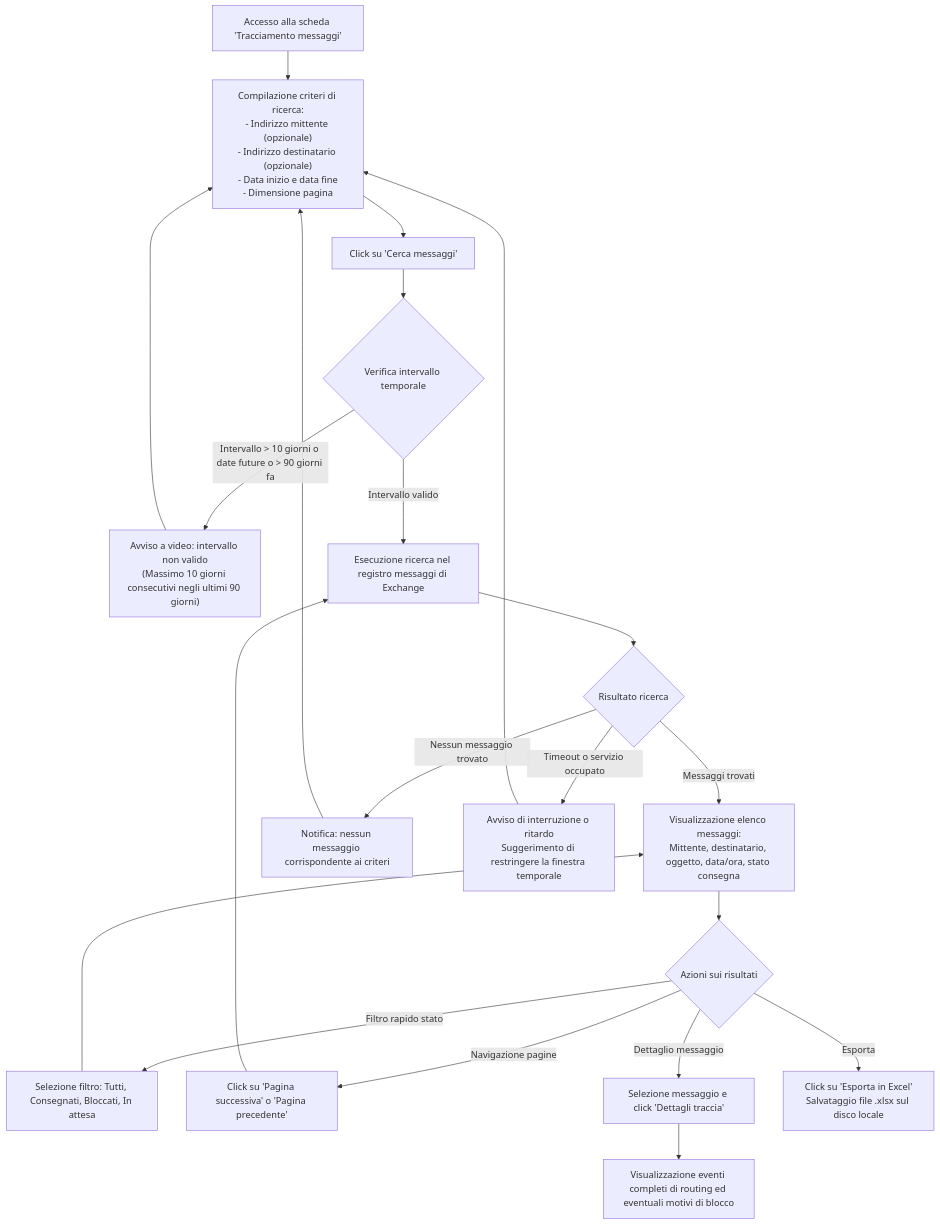
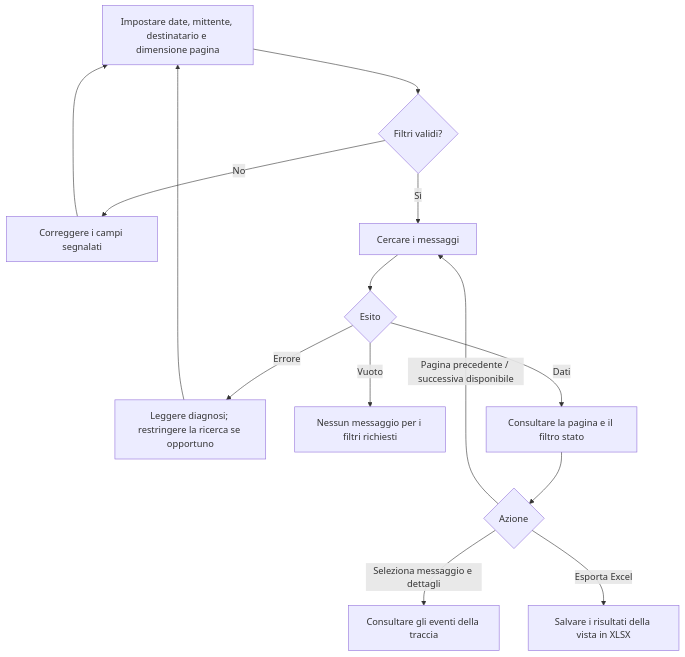
The fourth of 8 diagrams in docs/operations/visual-guide.md (dennidalpos/OnlyExo365), drawn with Mermaid before and after one commit. The commit also changed other lines of this file and 17 other files, not shown here.

````diff
--- a/docs/operations/visual-guide.md
+++ b/docs/operations/visual-guide.md
@@ -128,32 +92,16 @@
 ```mermaid
 flowchart TD
-    EnterTrace["Accesso alla scheda 'Tracciamento messaggi'"] --> SetFilters["Compilazione criteri di ricerca:<br/>- Indirizzo mittente (opzionale)<br/>- Indirizzo destinatario (opzionale)<br/>- Data inizio e data fine<br/>- Dimensione pagina"]
-    
-    SetFilters --> ClickSearch["Click su 'Cerca messaggi'"]
-    ClickSearch --> ValidateDates{"Verifica intervallo temporale"}
-    
-    ValidateDates -->|"Intervallo > 10 giorni o date future o > 90 giorni fa"| DateError["Avviso a video: intervallo non valido<br/>(Massimo 10 giorni consecutivi negli ultimi 90 giorni)"]
-    DateError --> SetFilters
-    
-    ValidateDates -->|"Intervallo valido"| RunQuery["Esecuzione ricerca nel registro messaggi di Exchange"]
-    RunQuery --> QueryResult{"Risultato ricerca"}
-    
-    QueryResult -->|"Messaggi trovati"| ShowGrid["Visualizzazione elenco messaggi:<br/>Mittente, destinatario, oggetto, data/ora, stato consegna"]
-    QueryResult -->|"Nessun messaggio trovato"| NoResults["Notifica: nessun messaggio corrispondente ai criteri"]
-    NoResults --> SetFilters
-    QueryResult -->|"Timeout o servizio occupato"| QueryError["Avviso di interruzione o ritardo<br/>Suggerimento di restringere la finestra temporale"]
-    QueryError --> SetFilters
-    
-    ShowGrid --> PageActions{"Azioni sui risultati"}
-    
-    PageActions -->|"Filtro rapido stato"| FilterStatus["Selezione filtro: Tutti, Consegnati, Bloccati, In attesa"]
-    FilterStatus --> ShowGrid
-    
-    PageActions -->|"Navigazione pagine"| ChangePage["Click su 'Pagina successiva' o 'Pagina precedente'"]
-    ChangePage --> RunQuery
-    
-    PageActions -->|"Dettaglio messaggio"| SelectMessage["Selezione messaggio e click 'Dettagli traccia'"]
-    SelectMessage --> ViewEvents["Visualizzazione eventi completi di routing ed eventuali motivi di blocco"]
-    
-    PageActions -->|"Esporta"| ExportExcel["Click su 'Esporta in Excel'<br/>Salvataggio file .xlsx sul disco locale"]
+    Form["Impostare date, mittente, destinatario e dimensione pagina"] --> Validate{"Filtri validi?"}
+    Validate -->|"No"| Fix["Correggere i campi segnalati"]
+    Fix --> Form
+    Validate -->|"Sì"| Search["Cercare i messaggi"]
+    Search --> Result{"Esito"}
+    Result -->|"Errore"| Error["Leggere diagnosi; restringere la ricerca se opportuno"]
+    Error --> Form
+    Result -->|"Vuoto"| Empty["Nessun messaggio per i filtri richiesti"]
+    Result -->|"Dati"| Grid["Consultare la pagina e il filtro stato"]
+    Grid --> Action{"Azione"}
+    Action -->|"Pagina precedente / successiva disponibile"| Search
+    Action -->|"Seleziona messaggio e dettagli"| Events["Consultare gli eventi della traccia"]
+    Action -->|"Esporta Excel"| Export["Salvare i risultati della vista in XLSX"]
 ```
````
